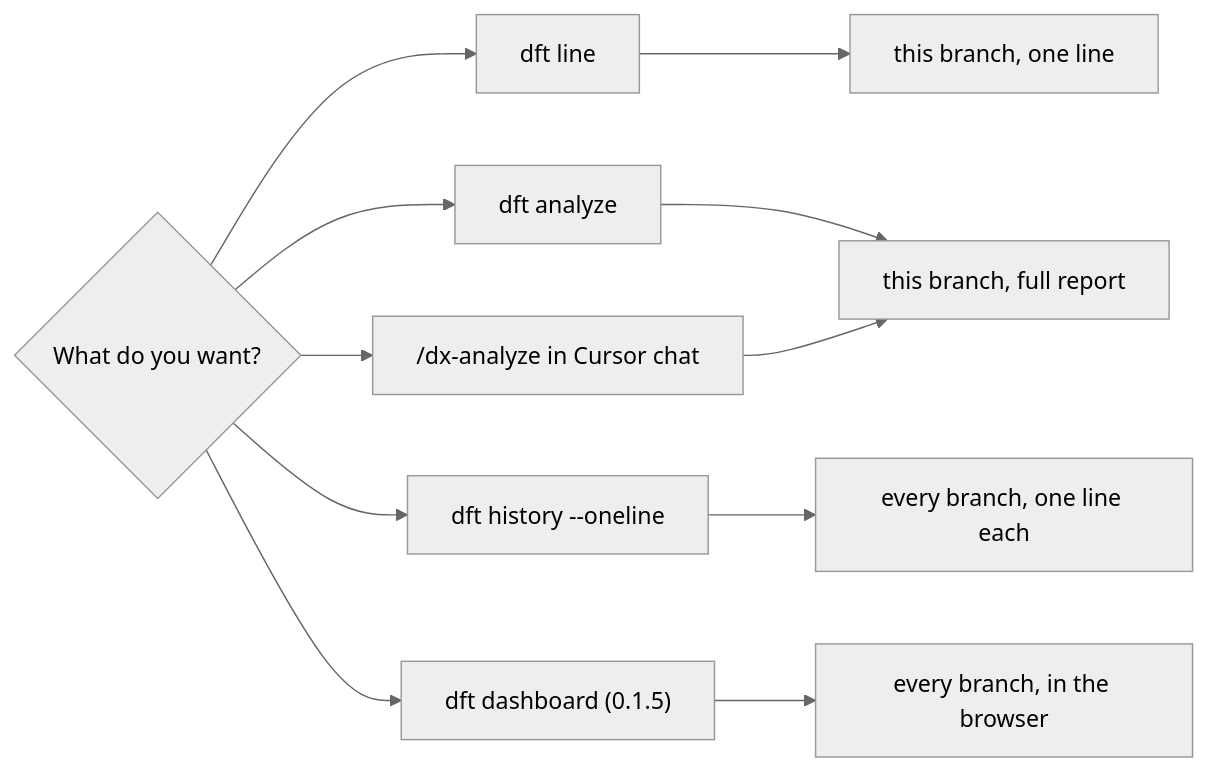
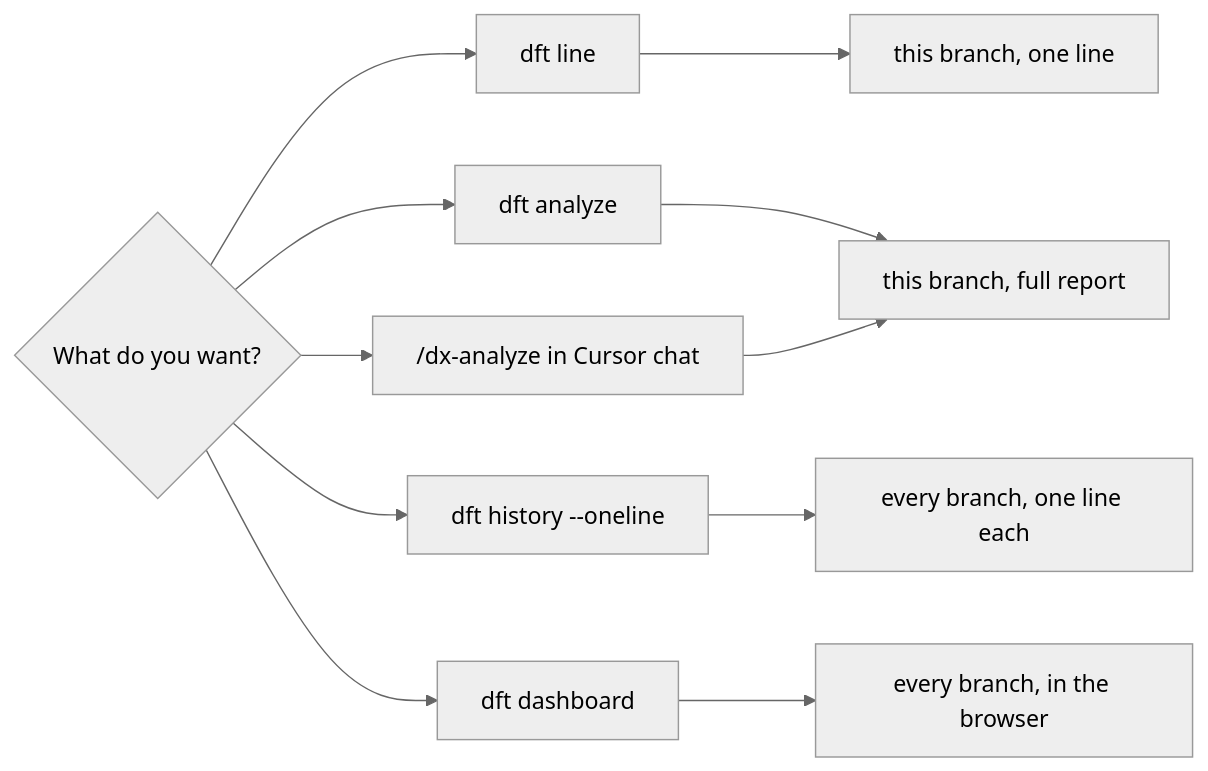
Before and after one commit to BleedingDev/dx-feature-tracker: the seventh of 19 diagrams in docs/HOW-IT-WORKS.md, drawn with Mermaid (neutral theme). The commit also changed other lines of this file and 3 other files, not shown here.

````diff
--- a/docs/HOW-IT-WORKS.md
+++ b/docs/HOW-IT-WORKS.md
@@ -230,13 +252,13 @@
 ```mermaid
 flowchart LR
     Q{"What do you want?"} --> L["dft line"]
     Q --> A["dft analyze"]
     Q --> C["/dx-analyze in Cursor chat"]
     Q --> H["dft history --oneline"]
-    Q --> D["dft dashboard (0.1.5)"]
+    Q --> D["dft dashboard"]
     L --> L1["this branch, one line"]
     A --> A1["this branch, full report"]
     C --> A1
     H --> H1["every branch, one line each"]
     D --> D1["every branch, in the browser"]
 ```
````
